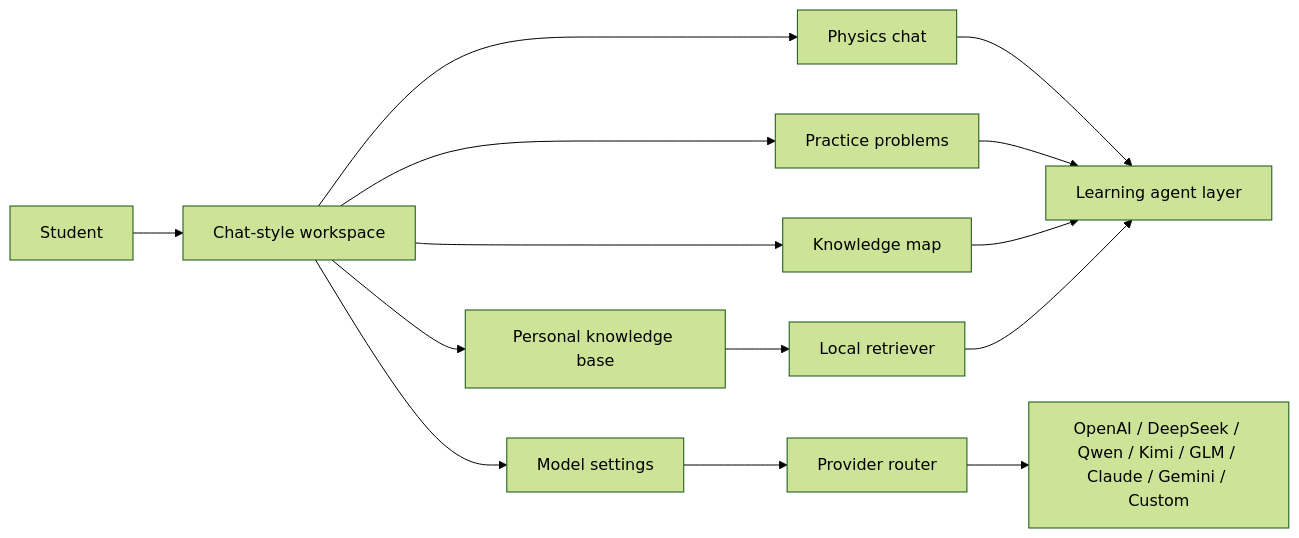
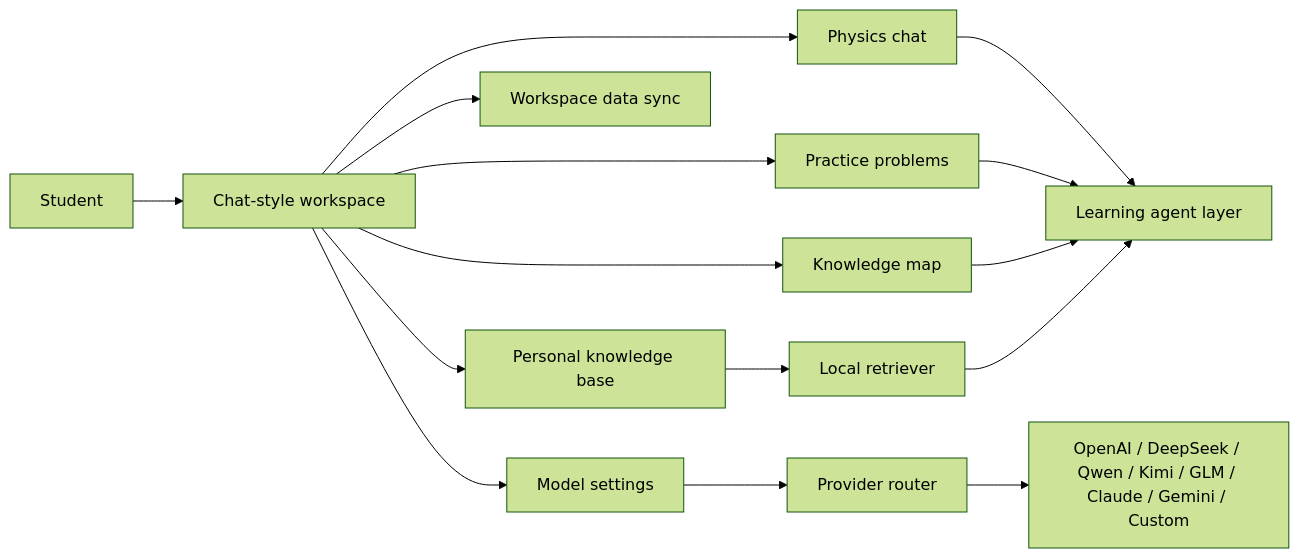
Before and after one commit to lizr-phys/physics-learning-agent: the first of 5 diagrams in README.md, drawn with Mermaid (forest theme). The commit also changed other lines of this file and 14 other files, not shown here.

Commit message:
Persist account workspace data

````diff
--- a/README.md
+++ b/README.md
@@ -36,17 +36,18 @@
 ```mermaid
 flowchart LR
   Student["Student"] --> Workspace["Chat-style workspace"]
   Workspace --> Chat["Physics chat"]
   Workspace --> Practice["Practice problems"]
   Workspace --> Map["Knowledge map"]
   Workspace --> KB["Personal knowledge base"]
+  Workspace --> DataSync["Workspace data sync"]
   Workspace --> Settings["Model settings"]
 
   Chat --> Agent["Learning agent layer"]
   Practice --> Agent
   Map --> Agent
   KB --> Retriever["Local retriever"]
   Retriever --> Agent
   Settings --> Router["Provider router"]
   Router --> Models["OpenAI / DeepSeek / Qwen / Kimi / GLM / Claude / Gemini / Custom"]
 ```
````
